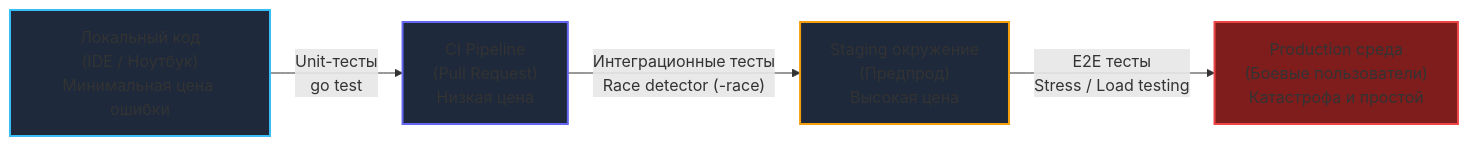
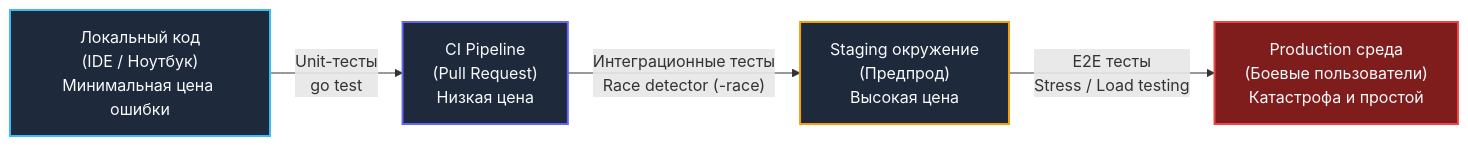
Before and after one commit to UnrealTemplier/go-textbook: the diagram in sources/15. Тестирование в Go (QA & Testing)/01. Фундамент/1. Обзор раздела. Роль тестирования в backend разработке.md, drawn with Mermaid. The commit also changed 310 other files, not shown here.

First line of the commit message:
fix(mermaid): replace light fill colors with dark palette for readability on dark theme

````diff
--- a/sources/15. Тестирование в Go (QA & Testing)/01. Фундамент/1. Обзор раздела. Роль тестирования в backend разработке.md
+++ b/sources/15. Тестирование в Go (QA & Testing)/01. Фундамент/1. Обзор раздела. Роль тестирования в backend разработке.md
@@ -45,11 +45,11 @@
 ```mermaid
 flowchart LR
     A["Локальный код<br>(IDE / Ноутбук)<br>Минимальная цена ошибки"] -->|"Unit-тесты<br>go test"| B["CI Pipeline<br>(Pull Request)<br>Низкая цена"]
     B -->|"Интеграционные тесты<br>Race detector (-race)"| C["Staging окружение<br>(Предпрод)<br>Высокая цена"]
     C -->|"E2E тесты<br>Stress / Load testing"| D["Production среда<br>(Боевые пользователи)<br>Катастрофа и простой"]
     
-    style A fill:#1e293b,stroke:#38bdf8,stroke-width:2px
-    style B fill:#1e293b,stroke:#6366f1,stroke-width:2px
-    style C fill:#1e293b,stroke:#f59e0b,stroke-width:2px
-    style D fill:#7f1d1d,stroke:#ef4444,stroke-width:2px
+    style A fill:#1e293b,stroke:#38bdf8,stroke-width:2px,color:#f8fafc
+    style B fill:#1e293b,stroke:#6366f1,stroke-width:2px,color:#f8fafc
+    style C fill:#1e293b,stroke:#f59e0b,stroke-width:2px,color:#f8fafc
+    style D fill:#7f1d1d,stroke:#ef4444,stroke-width:2px,color:#f8fafc
 ```
````
